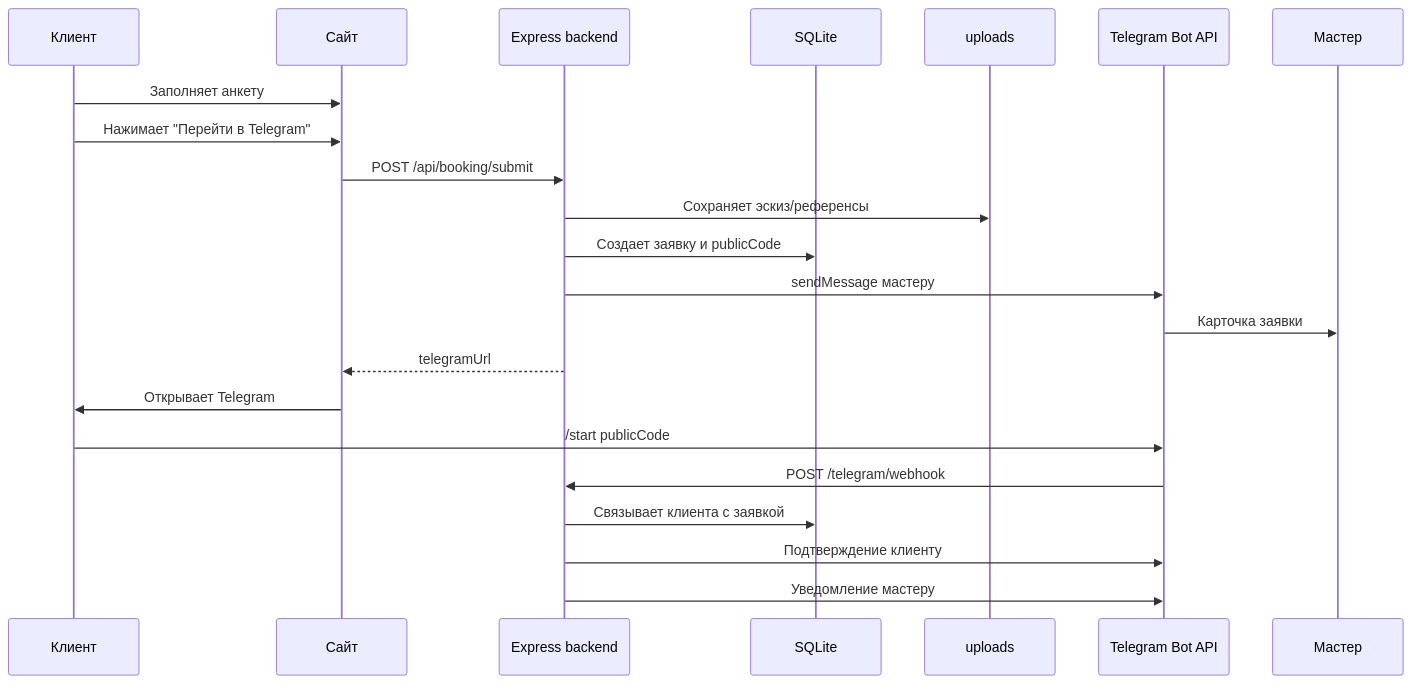
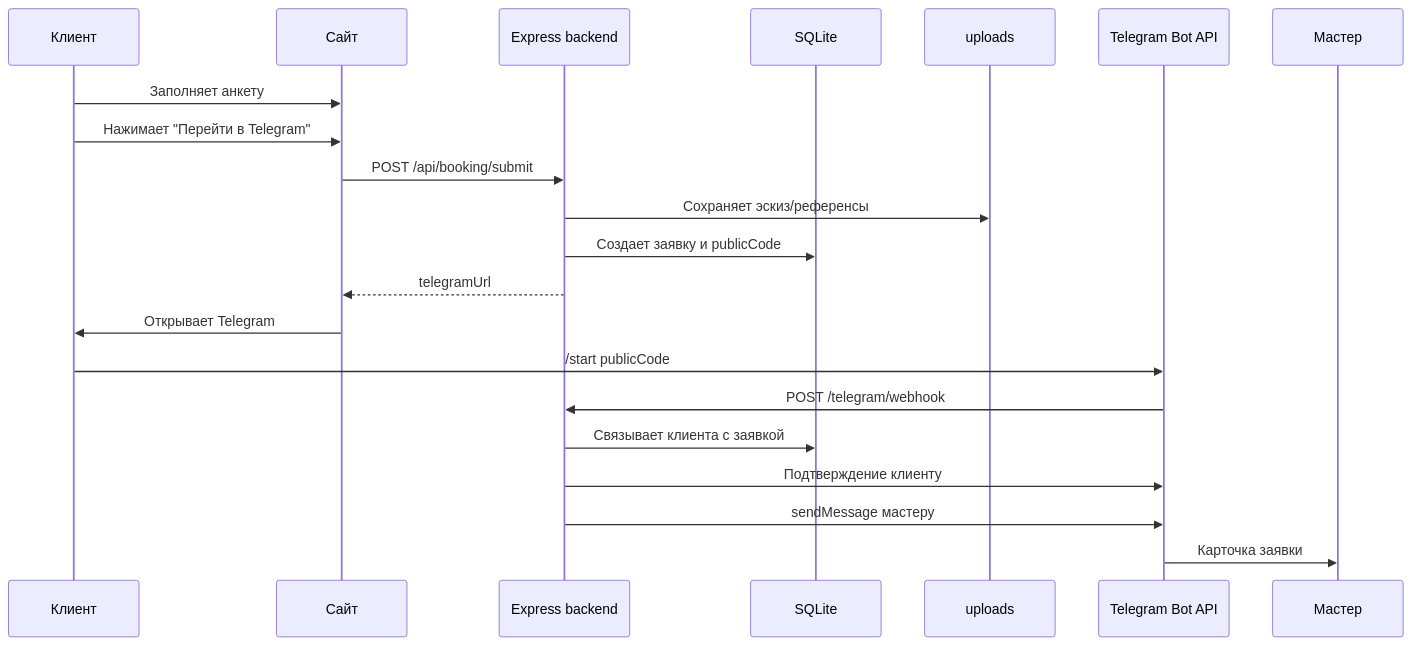
One commit to msnq-prod/black_carp changed the diagram in docs/telegram-bot-architecture.md. Above: the diagram before and after it, drawn with Mermaid. The commit also changed other lines of this file and 8 other files, not shown here.

````diff
--- a/docs/telegram-bot-architecture.md
+++ b/docs/telegram-bot-architecture.md
@@ -24,25 +24,24 @@
 ```mermaid
 sequenceDiagram
     participant C as Клиент
     participant S as Сайт
     participant API as Express backend
     participant DB as SQLite
     participant FS as uploads
     participant TG as Telegram Bot API
     participant M as Мастер
 
     C->>S: Заполняет анкету
     C->>S: Нажимает "Перейти в Telegram"
     S->>API: POST /api/booking/submit
     API->>FS: Сохраняет эскиз/референсы
     API->>DB: Создает заявку и publicCode
-    API->>TG: sendMessage мастеру
-    TG->>M: Карточка заявки
     API-->>S: telegramUrl
     S->>C: Открывает Telegram
     C->>TG: /start publicCode
     TG->>API: POST /telegram/webhook
     API->>DB: Связывает клиента с заявкой
     API->>TG: Подтверждение клиенту
-    API->>TG: Уведомление мастеру
+    API->>TG: sendMessage мастеру
+    TG->>M: Карточка заявки
 ```
````
